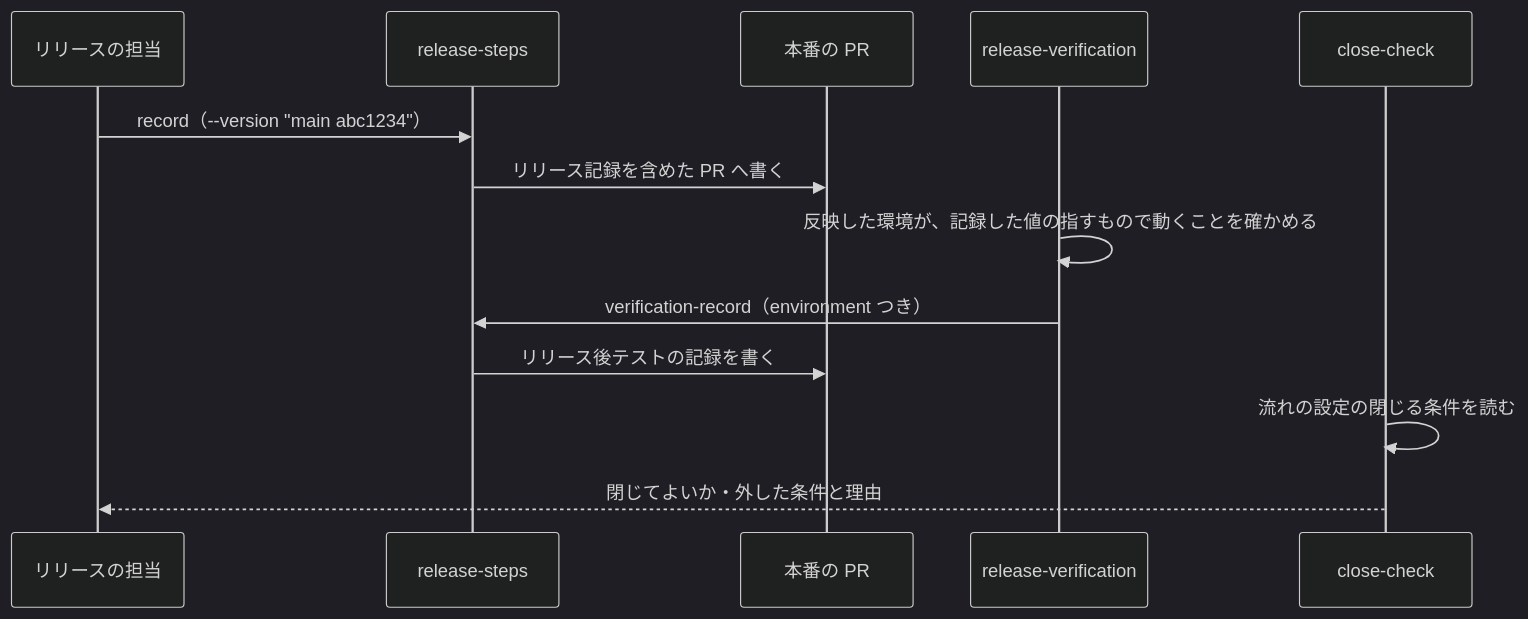
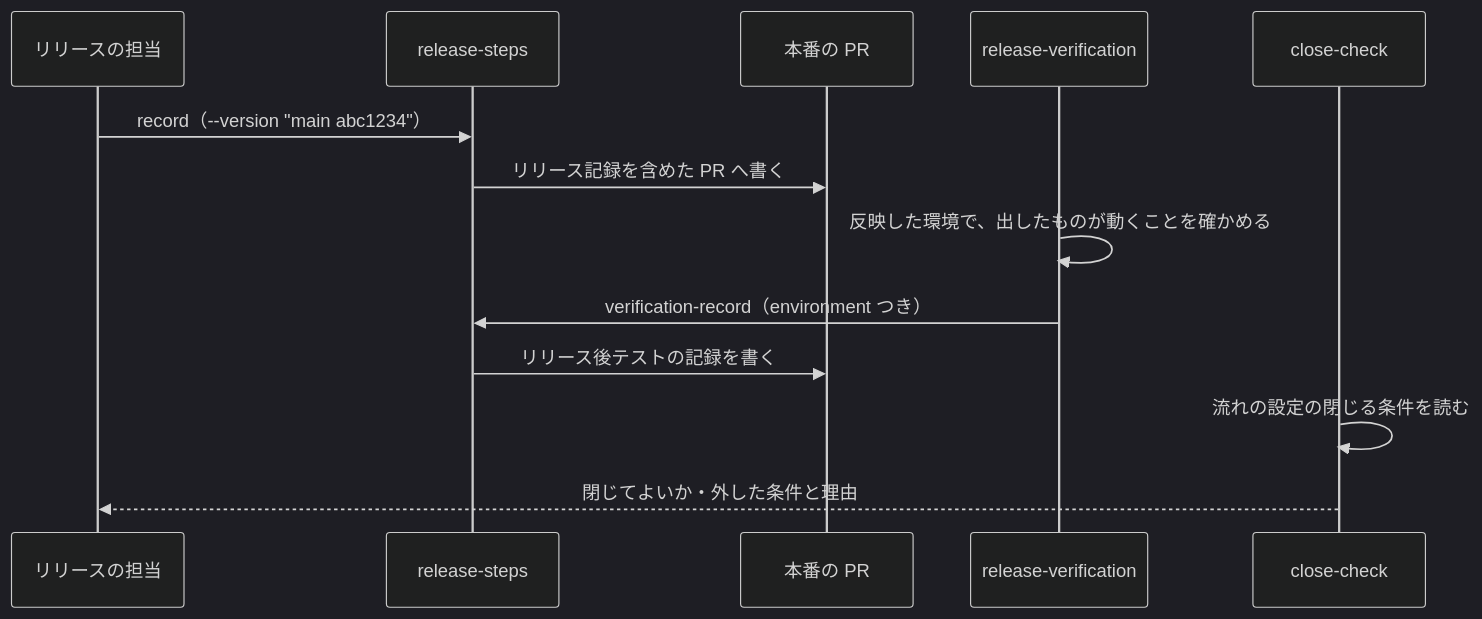
Before and after one commit to devbasex/ai-plugins: the third of 3 diagrams in issues/issue-4580-design.md, drawn with Mermaid (dark theme). The commit also changed other lines of this file, not shown here.

````diff
--- a/issues/issue-4580-design.md
+++ b/issues/issue-4580-design.md
@@ -178,15 +178,15 @@
 ```mermaid
 sequenceDiagram
   participant R as リリースの担当
   participant S as release-steps
   participant G as 本番の PR
   participant V as release-verification
   participant C as close-check
   R->>S: record（--version "main abc1234"）
   S->>G: リリース記録を含めた PR へ書く
-  V->>V: 反映した環境が、記録した値の指すもので動くことを確かめる
+  V->>V: 反映した環境で、出したものが動くことを確かめる
   V->>S: verification-record（environment つき）
   S->>G: リリース後テストの記録を書く
   C->>C: 流れの設定の閉じる条件を読む
   C-->>R: 閉じてよいか・外した条件と理由
 ```
````
